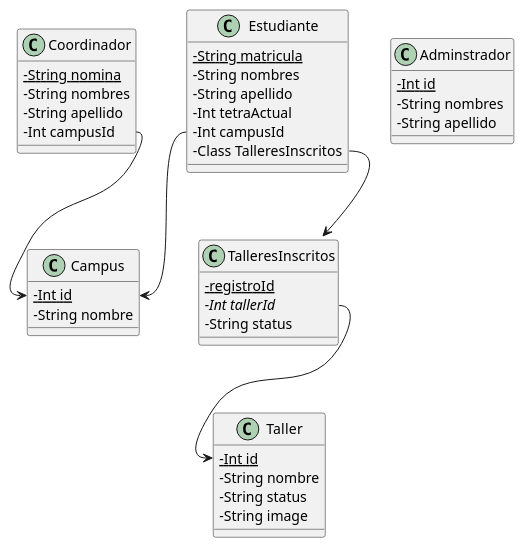
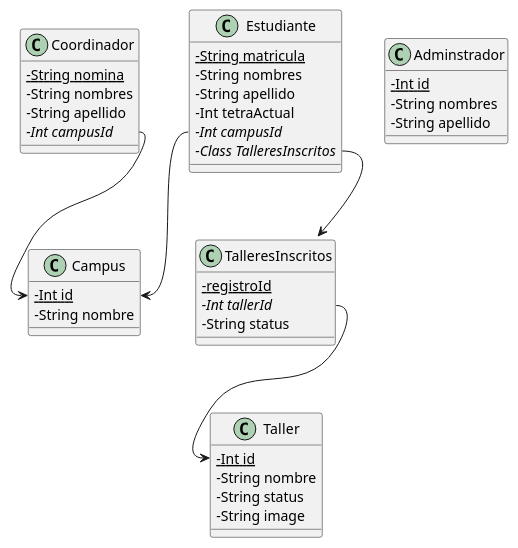
Before and after one commit to facund015/codeRelatedObsidianNotes: the diagram in Reto/Base de datos.md, drawn with PlantUML.

Commit message:
vault backup: 2021-10-12 12:29:06

````diff
--- a/Reto/Base de datos.md
+++ b/Reto/Base de datos.md
@@ -2,51 +2,51 @@
 ```plantuml
 @startuml
 skinparam classAttributeIconSize 0
 class Estudiante {
 	{static} - String matricula
 	-String nombres
 	-String apellido
 	-Int tetraActual
-	-Int campusId
-	-Class TalleresInscritos
+	{abstract} -Int campusId
+	{abstract} -Class TalleresInscritos
 }
 
 class Campus {
 	{static} -Int id
 	-String nombre
 }
 
 class TalleresInscritos {
 	{static} -registroId 
 	{abstract} -Int tallerId
 	-String status
 }
 
 class Coordinador {
 	{static} -String nomina
 	-String nombres
 	-String apellido
-	-Int campusId
+	{abstract} -Int campusId
 }
 
 class Taller {
     {static} -Int id 
     - String nombre
     - String status
     - String image
 }
 
 
 class Adminstrador {
 	{static} -Int id
 	-String nombres
 	-String apellido
 }
 
 Estudiante::TalleresInscritos --> TalleresInscritos
 TalleresInscritos::tallerId --> Taller::id
 Estudiante::campusId --> Campus::id
 Coordinador::campusId --> Campus::id 
 
 @enduml
 ```
````
